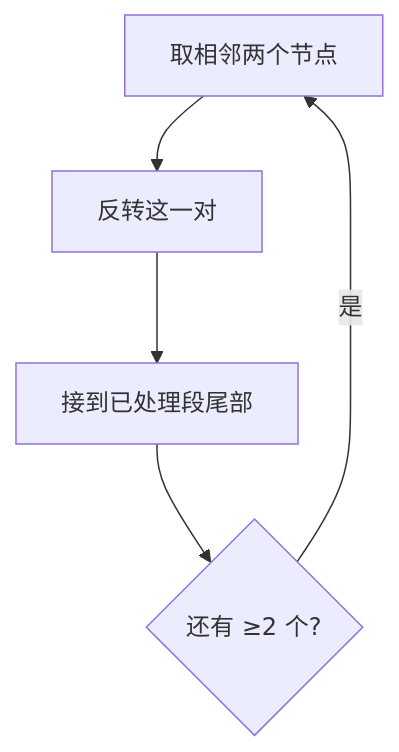
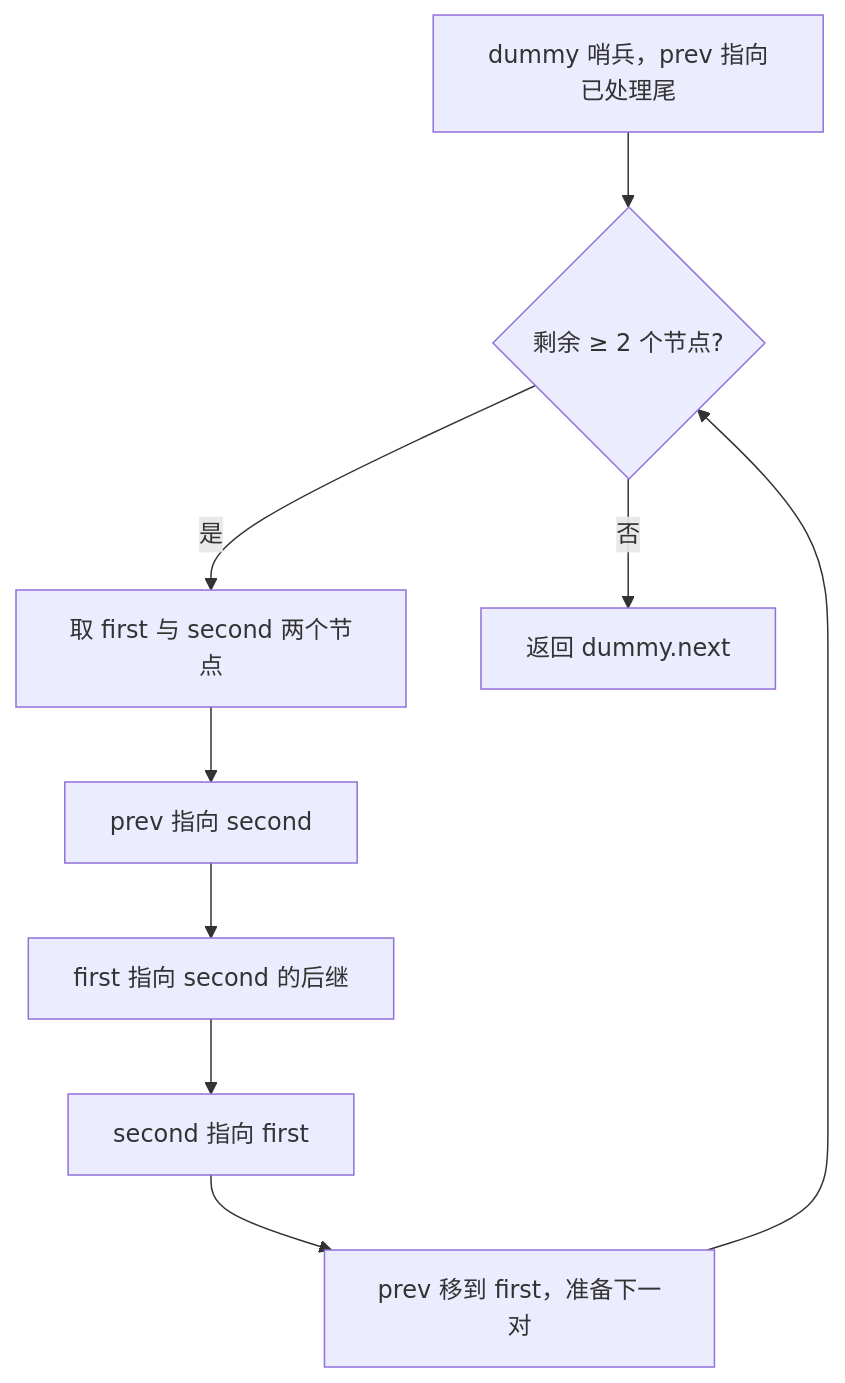
The first of 2 diagrams in 08-链表/0024-两两交换链表中的节点.md (OctalZero/hot100-py), drawn with Mermaid before and after one commit. The commit also changed other lines of this file and 117 other files, not shown here.

First line of the commit message:
feat: 全题解配图升级为「动画式 mermaid」（总览骨架 + 横向时间线逐步推演）

````diff
--- a/08-链表/0024-两两交换链表中的节点.md
+++ b/08-链表/0024-两两交换链表中的节点.md
@@ -20,7 +20,11 @@
 ```mermaid
 flowchart TD
-    A["取相邻两个节点"] --> B["反转这一对"]
-    B --> C["接到已处理段尾部"]
-    C --> D{"还有 ≥2 个?"}
-    D -- "是" --> A
+    A["dummy 哨兵，prev 指向已处理尾"] --> B{"剩余 ≥ 2 个节点?"}
+    B -->|"是"| C["取 first 与 second 两个节点"]
+    C --> D["prev 指向 second"]
+    D --> E["first 指向 second 的后继"]
+    E --> F["second 指向 first"]
+    F --> G["prev 移到 first，准备下一对"]
+    G --> B
+    B -->|"否"| H["返回 dummy.next"]
 ```
````
